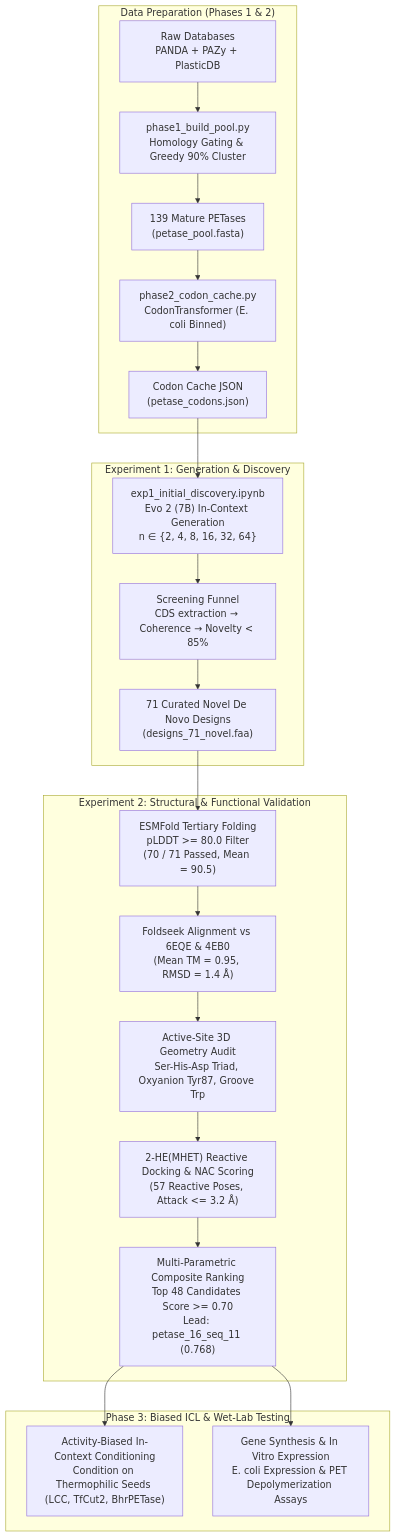
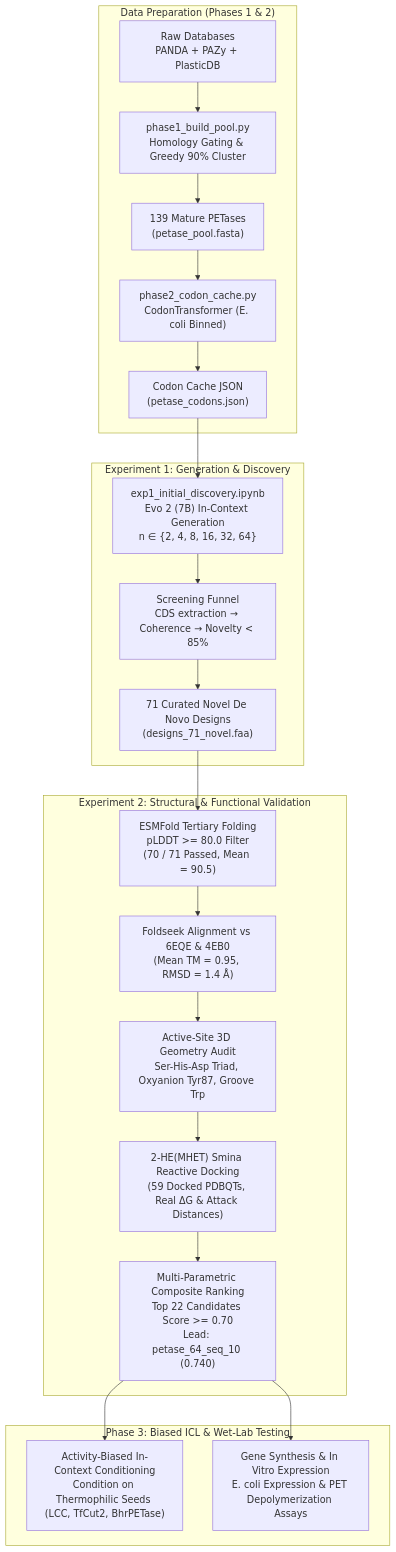
Before and after one commit to deepanshu-yadav/EVO_2_PETase: the diagram in experiments/README.md, drawn with Mermaid. The commit also changed other lines of this file and 4 other files, not shown here.

````diff
--- a/experiments/README.md
+++ b/experiments/README.md
@@ -16,28 +16,28 @@
 ```mermaid
 flowchart TD
     subgraph DataPrep ["Data Preparation (Phases 1 & 2)"]
         D1["Raw Databases<br/>PANDA + PAZy + PlasticDB"] --> D2["phase1_build_pool.py<br/>Homology Gating & Greedy 90% Cluster"]
         D2 --> D3["139 Mature PETases<br/>(petase_pool.fasta)"]
         D3 --> D4["phase2_codon_cache.py<br/>CodonTransformer (E. coli Binned)"]
         D4 --> D5["Codon Cache JSON<br/>(petase_codons.json)"]
     end
 
     subgraph Exp1 ["Experiment 1: Generation & Discovery"]
         D5 --> E1["exp1_initial_discovery.ipynb<br/>Evo 2 (7B) In-Context Generation<br/>n ∈ {2, 4, 8, 16, 32, 64}"]
         E1 --> E2["Screening Funnel<br/>CDS extraction → Coherence → Novelty < 85%"]
         E2 --> E3["71 Curated Novel De Novo Designs<br/>(designs_71_novel.faa)"]
     end
 
     subgraph Exp2 ["Experiment 2: Structural & Functional Validation"]
         E3 --> V1["ESMFold Tertiary Folding<br/>pLDDT >= 80.0 Filter<br/>(70 / 71 Passed, Mean = 90.5)"]
         V1 --> V2["Foldseek Alignment vs 6EQE & 4EB0<br/>(Mean TM = 0.95, RMSD = 1.4 Å)"]
         V2 --> V3["Active-Site 3D Geometry Audit<br/>Ser-His-Asp Triad, Oxyanion Tyr87, Groove Trp"]
-        V3 --> V4["2-HE(MHET) Reactive Docking & NAC Scoring<br/>(57 Reactive Poses, Attack <= 3.2 Å)"]
-        V4 --> V5["Multi-Parametric Composite Ranking<br/>Top 48 Candidates Score >= 0.70<br/>Lead: petase_16_seq_11 (0.768)"]
+        V3 --> V4["2-HE(MHET) Smina Reactive Docking<br/>(59 Docked PDBQTs, Real ΔG & Attack Distances)"]
+        V4 --> V5["Multi-Parametric Composite Ranking<br/>Top 22 Candidates Score >= 0.70<br/>Lead: petase_64_seq_10 (0.740)"]
     end
 
     subgraph Exp3 ["Phase 3: Biased ICL & Wet-Lab Testing"]
         V5 --> B1["Activity-Biased In-Context Conditioning<br/>Condition on Thermophilic Seeds (LCC, TfCut2, BhrPETase)"]
         V5 --> B2["Gene Synthesis & In Vitro Expression<br/>E. coli Expression & PET Depolymerization Assays"]
     end
 ```
````
